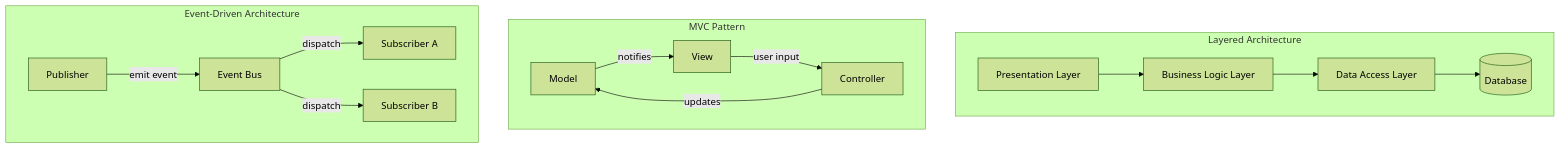
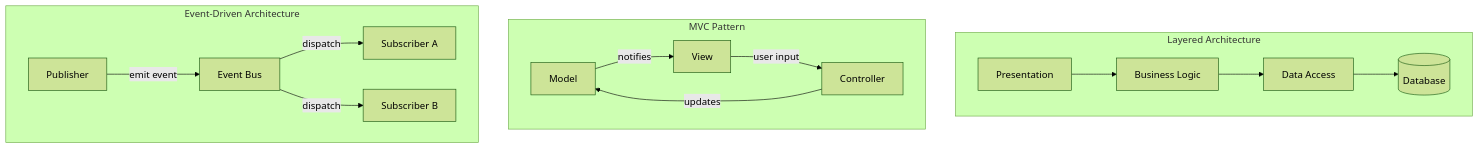
One commit to pravinyo/website changed the first of 3 diagrams in _posts/2026-09-06-architecture-intro.md. Above: the diagram before and after it, drawn with Mermaid (forest theme). The commit also changed other lines of this file and 9 other files, not shown here.

````diff
--- a/_posts/2026-09-06-architecture-intro.md
+++ b/_posts/2026-09-06-architecture-intro.md
@@ -64,22 +64,18 @@
 ```mermaid
 graph TD
     subgraph Layered["Layered Architecture"]
-        P[Presentation Layer]
-        BL[Business Logic Layer]
-        DA[Data Access Layer]
-        DB[(Database)]
-        P --> BL --> DA --> DB
+        P[Presentation] --> BL[Business Logic] --> DA[Data Access] --> DB[(Database)]
     end
 
     subgraph MVC["MVC Pattern"]
         M[Model] -->|notifies| V[View]
         C[Controller] -->|updates| M
         V -->|user input| C
     end
 
     subgraph ED["Event-Driven Architecture"]
         Pub[Publisher] -->|emit event| EB[Event Bus]
         EB -->|dispatch| Sub1[Subscriber A]
         EB -->|dispatch| Sub2[Subscriber B]
     end
 ```
````
